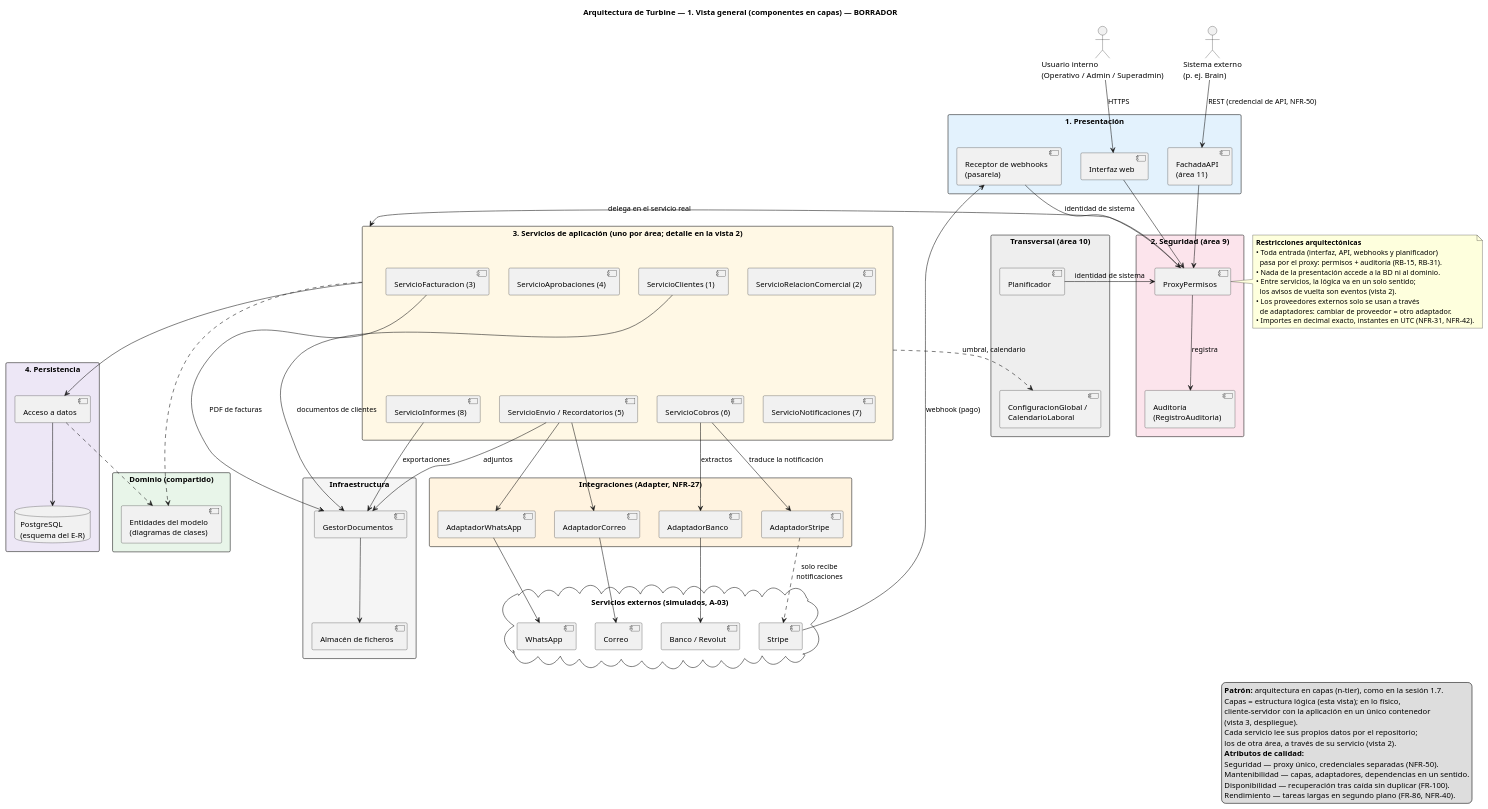
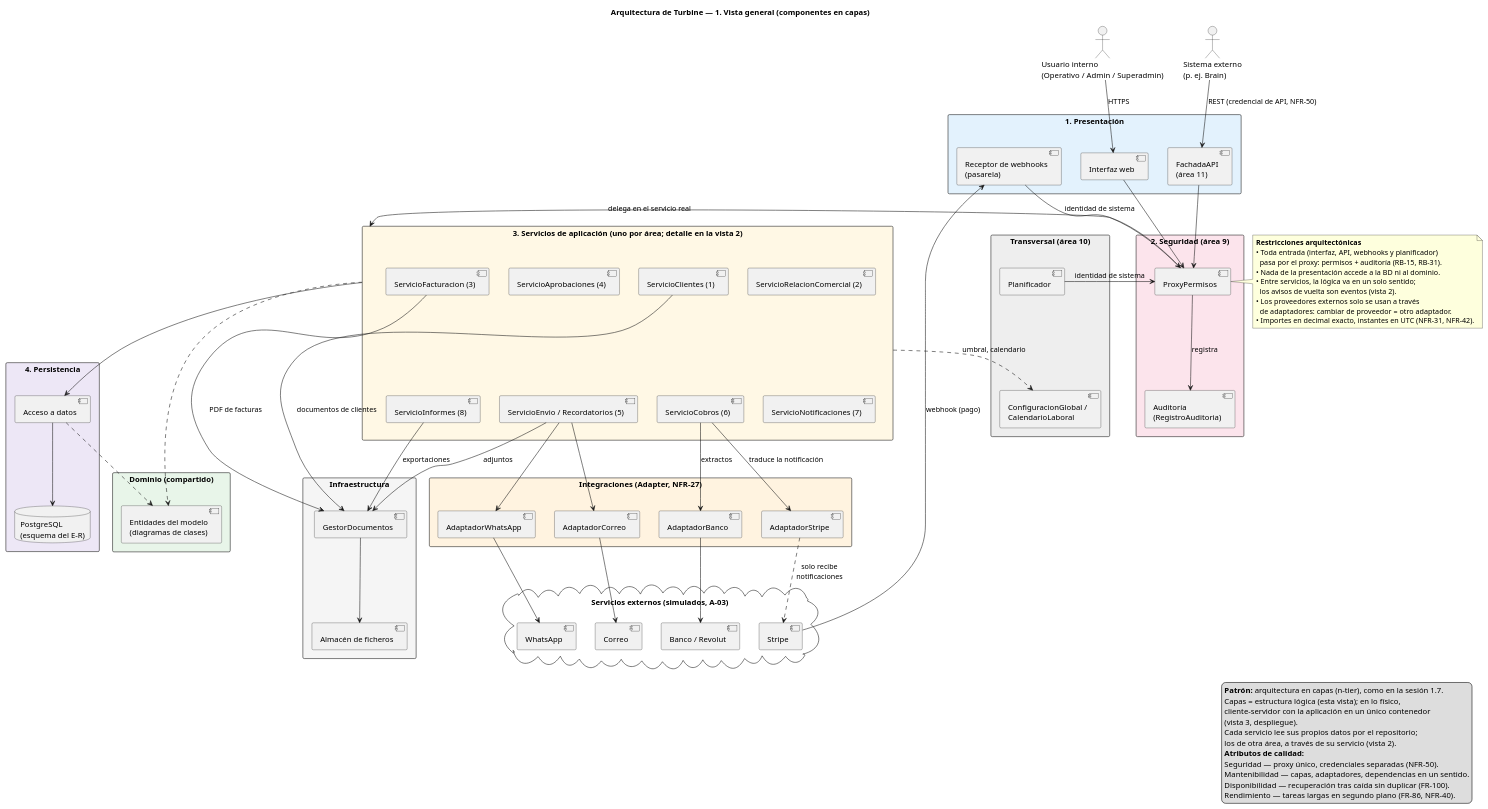
One commit to naybetaomar/AyDA-ProyectoBebes changed the diagram in Entrega2_GrupoBebes/entrega2/diagramas/arquitectura/arquitectura_1_general.puml. Above: the diagram before and after it, drawn with PlantUML. The commit also changed 10 other files, not shown here.

Commit message:
Limpieza de diagramas de arquitectura

```diff
--- a/Entrega2_GrupoBebes/entrega2/diagramas/arquitectura/arquitectura_1_general.puml
+++ b/Entrega2_GrupoBebes/entrega2/diagramas/arquitectura/arquitectura_1_general.puml
@@ -1,141 +1,141 @@
 @startuml arquitectura_1_general
-title Arquitectura de Turbine — 1. Vista general (componentes en capas) — BORRADOR
+title Arquitectura de Turbine — 1. Vista general (componentes en capas)
 skinparam componentStyle uml2
 skinparam packageStyle rectangle
 skinparam nodesep 35
 skinparam ranksep 55
 
 actor "Usuario interno\n(Operativo / Admin / Superadmin)" as Usuario
 actor "Sistema externo\n(p. ej. Brain)" as SistExt
 
 package "1. Presentación" #E3F2FD {
   [Interfaz web] as UI
   [FachadaAPI\n(área 11)] as API
   [Receptor de webhooks\n(pasarela)] as WH
 }
 
 package "2. Seguridad (área 9)" #FCE4EC {
   [ProxyPermisos] as Proxy
   [Auditoría\n(RegistroAuditoria)] as Audit
 }
 
 package "3. Servicios de aplicación (uno por área; detalle en la vista 2)" as Servicios #FFF8E5 {
   together {
     [ServicioClientes (1)] as S1
     [ServicioRelacionComercial (2)] as S2
     [ServicioFacturacion (3)] as S3
     [ServicioAprobaciones (4)] as S4
   }
   together {
     [ServicioEnvio / Recordatorios (5)] as S5
     [ServicioCobros (6)] as S6
     [ServicioNotificaciones (7)] as S7
     [ServicioInformes (8)] as S8
   }
 }
 
 package "4. Persistencia" #EDE7F6 {
   [Acceso a datos] as Repo
   database "PostgreSQL\n(esquema del E-R)" as BD
 }
 
 package "Dominio (compartido)" #E8F5E9 {
   [Entidades del modelo\n(diagramas de clases)] as Dominio
 }
 
 package "Transversal (área 10)" #EEEEEE {
   [Planificador] as Plan
   [ConfiguracionGlobal /\nCalendarioLaboral] as Conf
 }
 
 package "Infraestructura" #F5F5F5 {
   [GestorDocumentos] as GD
   [Almacén de ficheros] as Ficheros
 }
 
 package "Integraciones (Adapter, NFR-27)" #FFF3E0 {
   [AdaptadorStripe] as AStripe
   [AdaptadorBanco] as ABanco
   [AdaptadorCorreo] as ACorreo
   [AdaptadorWhatsApp] as AWA
 }
 
 cloud "Servicios externos (simulados, A-03)" {
   [Stripe] as Stripe
   [Banco / Revolut] as Banco
   [Correo] as Correo
   [WhatsApp] as WA
 }
 
 ' --- Disposición: servicios en dos filas, capas de arriba abajo ---
 S1 -[hidden]right- S2
 S2 -[hidden]right- S3
 S3 -[hidden]right- S4
 S1 -[hidden]down- S5
 S5 -[hidden]right- S6
 S6 -[hidden]right- S7
 S7 -[hidden]right- S8
 Plan -[hidden]down- Conf
 GD -[hidden]right- AStripe
 
 ' --- Entradas: todas pasan por el proxy ---
 Usuario -down-> UI : HTTPS
 SistExt -down-> API : REST (credencial de API, NFR-50)
 Stripe --> WH : webhook (pago)
 UI -down-> Proxy
 API -down-> Proxy
 WH -down-> Proxy : identidad de sistema
 Plan -right-> Proxy : identidad de sistema
 Proxy --> Audit : registra
 Proxy -down-> Servicios : delega en el servicio real
 
 ' --- Servicios → persistencia; el dominio lo usan ambos ---
 Servicios -down-> Repo
 Repo --> BD
 Servicios ..> Dominio
 Repo ..> Dominio
 Servicios ..> Conf : umbral, calendario
 
 ' --- Integraciones ---
 S6 --> AStripe : traduce la notificación
 S6 --> ABanco : extractos
 S5 --> ACorreo
 S5 --> AWA
 AStripe ..> Stripe : solo recibe\nnotificaciones
 ABanco --> Banco
 ACorreo --> Correo
 AWA --> WA
 
 ' --- Documentos ---
 S1 --> GD : documentos de clientes
 S3 --> GD : PDF de facturas
 S5 --> GD : adjuntos
 S8 --> GD : exportaciones
 GD --> Ficheros
 
 note right of Proxy
   **Restricciones arquitectónicas**
   • Toda entrada (interfaz, API, webhooks y planificador)
     pasa por el proxy: permisos + auditoría (RB-15, RB-31).
   • Nada de la presentación accede a la BD ni al dominio.
   • Entre servicios, la lógica va en un solo sentido;
     los avisos de vuelta son eventos (vista 2).
   • Los proveedores externos solo se usan a través
     de adaptadores: cambiar de proveedor = otro adaptador.
   • Importes en decimal exacto, instantes en UTC (NFR-31, NFR-42).
 end note
 
 legend right
   **Patrón:** arquitectura en capas (n-tier), como en la sesión 1.7.
   Capas = estructura lógica (esta vista); en lo físico,
   cliente-servidor con la aplicación en un único contenedor
   (vista 3, despliegue).
   Cada servicio lee sus propios datos por el repositorio;
   los de otra área, a través de su servicio (vista 2).
   **Atributos de calidad:**
   Seguridad — proxy único, credenciales separadas (NFR-50).
   Mantenibilidad — capas, adaptadores, dependencias en un sentido.
   Disponibilidad — recuperación tras caída sin duplicar (FR-100).
   Rendimiento — tareas largas en segundo plano (FR-86, NFR-40).
 endlegend
 @enduml
```
